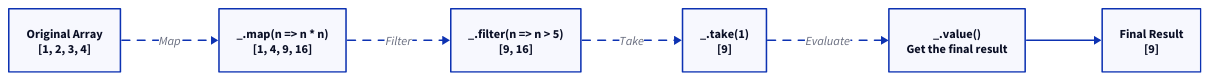
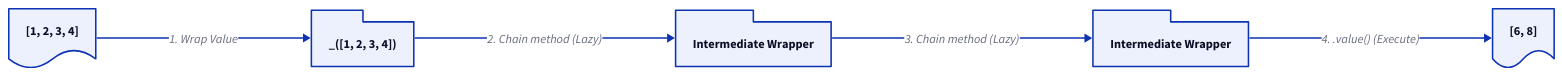
Before and after one commit to lban2049/lodash: the diagram in .aigne/doc-smith/docs/api-seq.md, drawn with D2. The commit also changed other lines of this file and 40 other files, not shown here.

````diff
--- a/.aigne/doc-smith/docs/api-seq.md
+++ b/.aigne/doc-smith/docs/api-seq.md
@@ -11,16 +15,34 @@
 ```d2
 direction: right
 
-A: "Original Array\n[1, 2, 3, 4]"
-B: "_.map(n => n * n)\n[1, 4, 9, 16]"
-C: "_.filter(n => n > 5)\n[9, 16]"
-D: "_.take(1)\n[9]"
-E: "_.value()\nGet the final result"
-F: "Final Result\n[9]"
+"Initial Array" { 
+  shape: document
+  label: "[1, 2, 3, 4]"
+}
 
-A -> B: "Map" { style.animated: true }
-B -> C: "Filter" { style.animated: true }
-C -> D: "Take" { style.animated: true }
-D -> E: "Evaluate" { style.animated: true }
-E -> F
+"Wrapped" {
+  shape: package
+  label: "_([1, 2, 3, 4])"
+}
+
+"map(n => n * 2)" {
+  shape: package
+  label: "Intermediate Wrapper"
+}
+
+"filter(n => n > 4)" {
+  shape: package
+  label: "Intermediate Wrapper"
+}
+
+"Result" {
+  shape: document
+  label: "[6, 8]"
+}
+
+"Initial Array" -> "Wrapped": "1. Wrap Value"
+"Wrapped" -> "map(n => n * 2)": "2. Chain method (Lazy)"
+"map(n => n * 2)" -> "filter(n => n > 4)": "3. Chain method (Lazy)"
+"filter(n => n > 4)" -> "Result": "4. .value() (Execute)"
+
 ```
````
